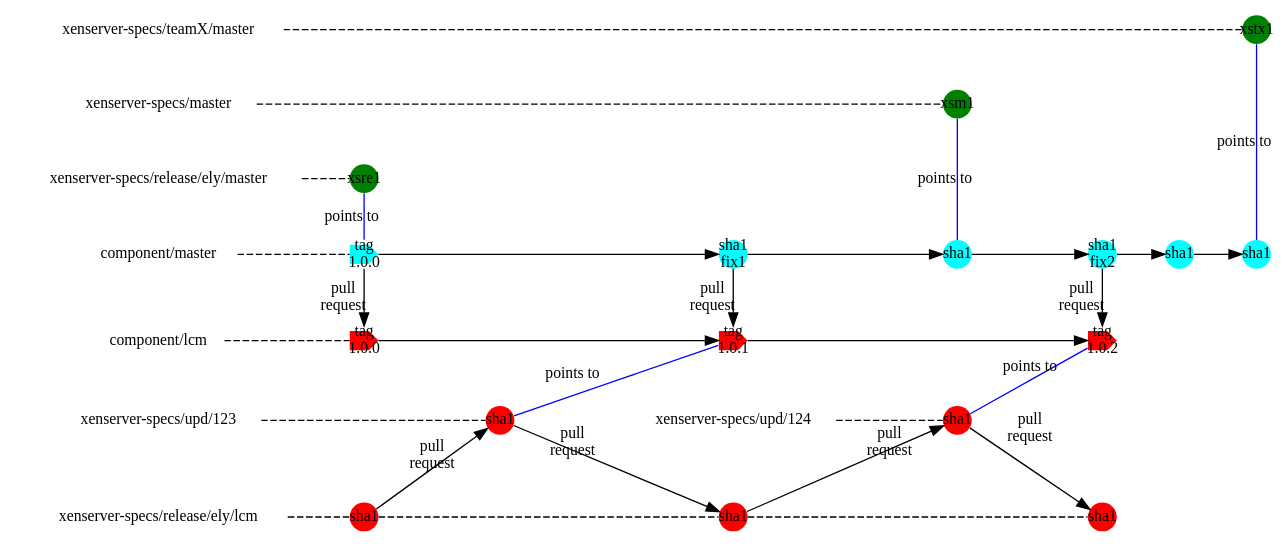
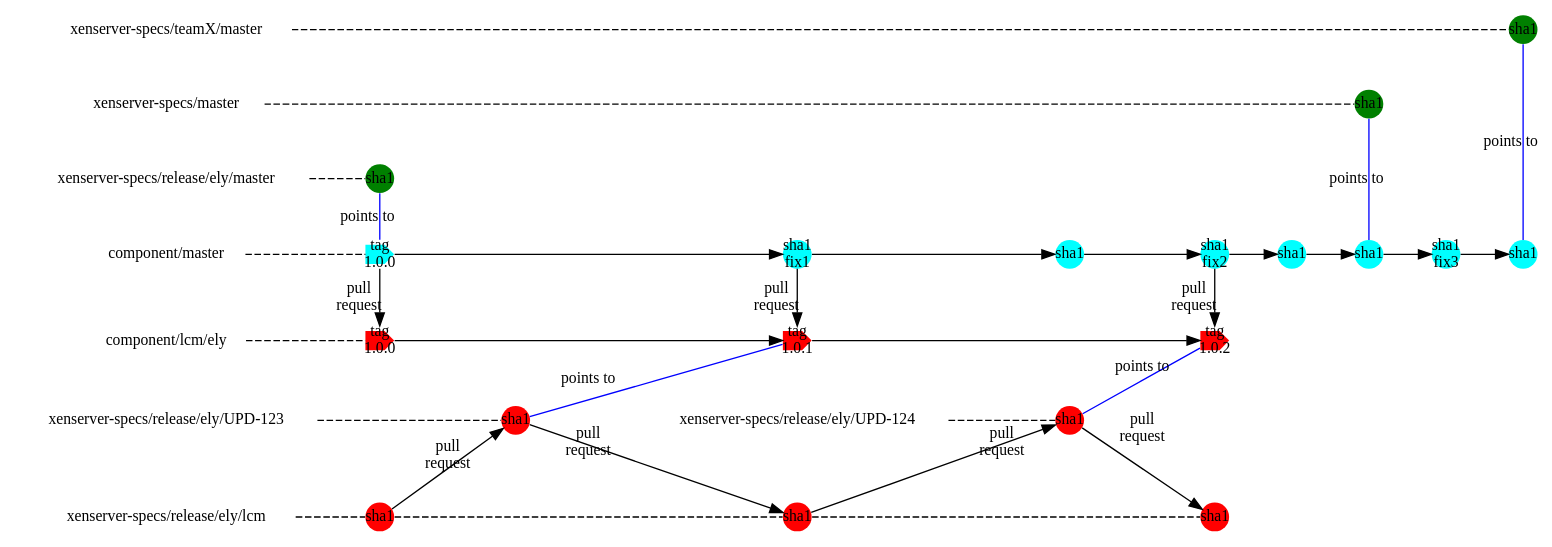
The diagram in XformerLCM1.dot (philippegabriel/XFormerBranchGraph), drawn with Graphviz before and after one commit.

Commit message:
minor fixes

```diff
--- a/XformerLCM1.dot
+++ b/XformerLCM1.dot
@@ -1,86 +1,88 @@
 strict digraph g{
 rankdir="LR";
 //nodesep=0.5;
 //ranksep=0.25;
 splines=line;
 forcelabels=false;
 
 // general
 node [style=filled, color="black", fontcolor="black", font="Consolas", fontsize="12pt",fixedsize=false,penwidth=0];
 edge [style=filled, color="black", fontcolor="black", font="Consolas", fontsize="12pt"];
 
 // tags
 //node [shape=circle,width=0, height=0, margin="0.05"];
 node [width=0.3, height=0.3, fixedsize=true, shape=circle,penwidth=0]
 node [fillcolor="green"];
-xsm1 [label="xsm1"];
-xstx [label="xstx1"];
-xsre [label="xsre1"];
+xsm1 [label="sha1"];
+xstx [label="sha1"];
+xsre [label="sha1"];
 node [fillcolor="cyan"];
 cma1 [shape=cds,label="tag\n1.0.0"];
 //node [width=0.3, height=0.3, fixedsize=true, shape=circle,penwidth=0]
 cma2 [label="sha1\nfix1"];
 cma3 [label="sha1"];
 cma4 [label="sha1\nfix2"];
 cma5 [label="sha1"];
 cma6 [label="sha1"];
+cma7 [label="sha1\nfix3"];
+cma8 [label="sha1"];
 node [fillcolor="red"];
 clcm1 [shape=cds,label="tag\n1.0.0"];
 clcm2 [shape=cds,label="tag\n1.0.1"];
 clcm3 [shape=cds,label="tag\n1.0.2"];
 node [shape=circle];
 upd0 [label="sha1"];
 upd1 [label="sha1"];
 xlcm0 [label="sha1"];
 xlcm1 [label="sha1"];
 xlcm2 [label="sha1"];
 // branch names
 node [color="#b0b0b0", style=dashed, arrowhead=none,fixedsize=false, penwidth=0, fillcolor=none, shape=none, width=0, height=0, margin="0.05"];
 XenserverSpecsTeamX[label="xenserver-specs/teamX/master"];
 XenserverSpecsRelEly[label="xenserver-specs/release/ely/master"];
 XenserverSpecsMaster[label="xenserver-specs/master"];
 ComponentMaster[label="component/master"];
-ComponentLCM[label="component/lcm"];
-XSSpecsUPD1[label="xenserver-specs/upd/123"];
-XSSpecsUPD2[label="xenserver-specs/upd/124"];
+ComponentLCM[label="component/lcm/ely"];
+XSSpecsUPD1[label="xenserver-specs/release/ely/UPD-123"];
+XSSpecsUPD2[label="xenserver-specs/release/ely/UPD-124"];
 XSSpecsLCM[label="xenserver-specs/release/ely/lcm"];
 
 //graph
 subgraph{
 node [color="#b0b0b0", style=dashed, arrowhead=none];
 edge [style="invis"];
 rank=same;
 XenserverSpecsTeamX -> XenserverSpecsMaster -> XenserverSpecsRelEly -> ComponentMaster -> ComponentLCM -> XSSpecsUPD1  -> XSSpecsLCM;
 }
 //edge [color="#b0b0b0", style=dashed, arrowhead=none ];
 edge [style=dashed, arrowhead=none ,weight=100];
 XenserverSpecsRelEly -> xsre;
 XenserverSpecsMaster -> xsm1;
 XenserverSpecsTeamX -> xstx;
 ComponentMaster -> cma1;
 ComponentLCM -> clcm1;
 XSSpecsUPD1 -> upd0;
 upd0 -> XSSpecsUPD2 [style="invis"];
 XSSpecsUPD2 -> upd1;
 XSSpecsLCM -> xlcm0 -> xlcm1 -> xlcm2;
 edge [style=filled, arrowhead=normal];
-cma1 -> cma2 -> cma3 -> cma4 -> cma5 -> cma6;
+cma1 -> cma2 -> cma3 -> cma4 -> cma5 -> cma6 -> cma7 -> cma8;
 clcm1 -> clcm2 -> clcm3;
 //Xenserver specs - master, release pointers
 edge [style=filled, arrowhead=none , weight=1;label="points to",color=blue];
 subgraph{rank=same;xsre -> cma1;}
-subgraph{rank=same;xsm1 -> cma3;}
-subgraph{rank=same;xstx -> cma6;}
+subgraph{rank=same;xsm1 -> cma6;}
+subgraph{rank=same;xstx -> cma8;}
 
 //Pull requests
 edge [style=filled, arrowhead=normal , label="pull\nrequest",color=black];
 subgraph{rank=same;cma1 -> clcm1;}
 subgraph{rank=same;cma2 -> clcm2;}
 subgraph{rank=same;cma4 -> clcm3;}
 xlcm0 -> upd0;
 upd0 -> xlcm1;
 upd0 -> clcm2 [arrowhead=none ,label="points to",color=blue];
 xlcm1 -> upd1;
 upd1 -> xlcm2;
 upd1 -> clcm3 [arrowhead=none ,label="points to",color=blue];
 }
```
